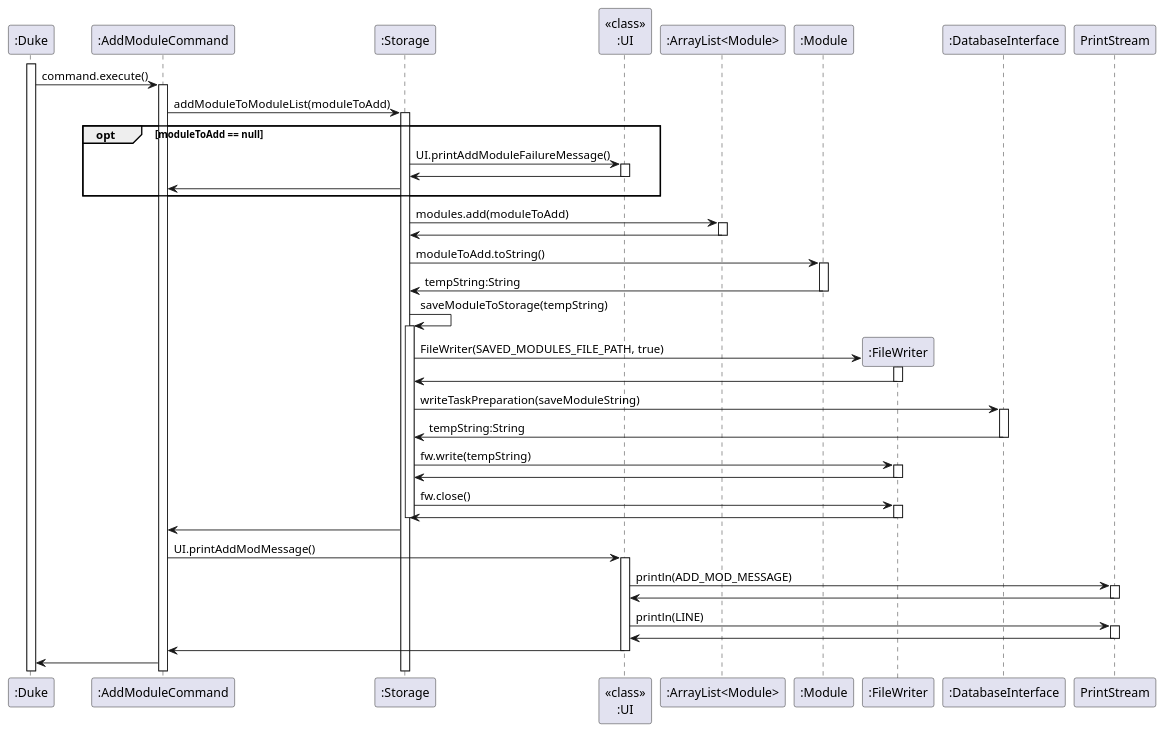
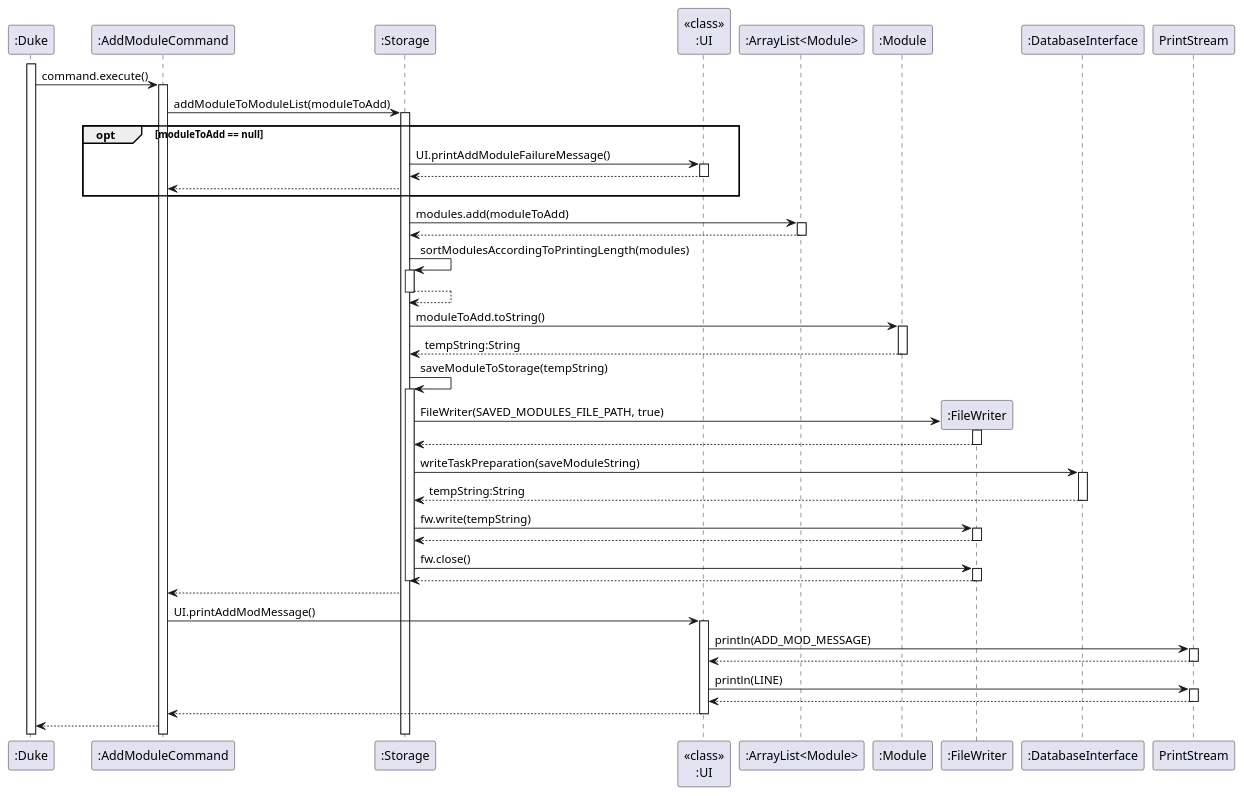
The diagram in docs/diagrams/Storage/StorageAddModule.puml (nus-cs2113-AY2223S2/tp), drawn with PlantUML before and after one commit. The commit also changed 23 other files, not shown here.

Commit message:
Added Class Diagram for UI, Editted Sequence Diagrams for add function

```diff
--- a/docs/diagrams/Storage/StorageAddModule.puml
+++ b/docs/diagrams/Storage/StorageAddModule.puml
@@ -1,61 +1,66 @@
 @startuml
 'https://plantuml.com/sequence-diagram
 activate ":Duke"
 ":Duke" -> ":AddModuleCommand" : command.execute()
 activate ":AddModuleCommand"
 ":AddModuleCommand" -> ":Storage" : addModuleToModuleList(moduleToAdd)
 activate ":Storage"
 opt moduleToAdd == null
 ":Storage" -> "<<class>>\n:UI" : UI.printAddModuleFailureMessage()
 activate "<<class>>\n:UI"
-":Storage" <- "<<class>>\n:UI"
+":Storage" <-- "<<class>>\n:UI"
 deactivate "<<class>>\n:UI"
-":AddModuleCommand"<- ":Storage"
+":AddModuleCommand"<-- ":Storage"
 end
 
 ":Storage" -> ":ArrayList<Module>" : modules.add(moduleToAdd)
 activate ":ArrayList<Module>"
-":Storage" <- ":ArrayList<Module>"
+":Storage" <-- ":ArrayList<Module>"
 deactivate ":ArrayList<Module>"
+
+":Storage" -> ":Storage": sortModulesAccordingToPrintingLength(modules)
+activate ":Storage"
+":Storage" --> ":Storage":
+deactivate ":Storage"
 
 ":Storage" -> ":Module" : moduleToAdd.toString()
 activate ":Module"
-":Storage" <- ":Module" : tempString:String
+":Storage" <-- ":Module" : tempString:String
 deactivate ":Module"
 ":Storage" -> ":Storage" : saveModuleToStorage(tempString)
 activate ":Storage"
 create ":FileWriter"
 ":Storage" -> ":FileWriter" : FileWriter(SAVED_MODULES_FILE_PATH, true)
 activate ":FileWriter"
-":Storage" <- ":FileWriter"
+":Storage" <-- ":FileWriter"
 deactivate ":FileWriter"
 ":Storage" -> ":DatabaseInterface" : writeTaskPreparation(saveModuleString)
 activate ":DatabaseInterface"
-":Storage" <- ":DatabaseInterface" : tempString:String
+":Storage" <-- ":DatabaseInterface" : tempString:String
 deactivate ":DatabaseInterface"
 ":Storage" -> ":FileWriter" : fw.write(tempString)
 activate ":FileWriter"
-":Storage" <- ":FileWriter"
+":Storage" <-- ":FileWriter"
 deactivate ":FileWriter"
 ":Storage" -> ":FileWriter" : fw.close()
 activate ":FileWriter"
-":Storage" <- ":FileWriter"
+":Storage" <-- ":FileWriter"
 deactivate ":FileWriter"
 deactivate ":Storage"
-":AddModuleCommand" <- ":Storage"
+":AddModuleCommand" <-- ":Storage"
 ":AddModuleCommand" -> "<<class>>\n:UI" : UI.printAddModMessage()
 activate "<<class>>\n:UI"
 "<<class>>\n:UI" -> PrintStream :  println(ADD_MOD_MESSAGE)
 activate PrintStream
-"<<class>>\n:UI" <- PrintStream
+"<<class>>\n:UI" <-- PrintStream
 deactivate PrintStream
 "<<class>>\n:UI" -> PrintStream :  println(LINE)
 activate PrintStream
-"<<class>>\n:UI" <- PrintStream
+"<<class>>\n:UI" <-- PrintStream
 deactivate PrintStream
-":AddModuleCommand" <- "<<class>>\n:UI"
+":AddModuleCommand" <-- "<<class>>\n:UI"
 deactivate "<<class>>\n:UI"
-":Duke" <- ":AddModuleCommand"
+":Duke" <-- ":AddModuleCommand"
 
 
 @enduml
```
